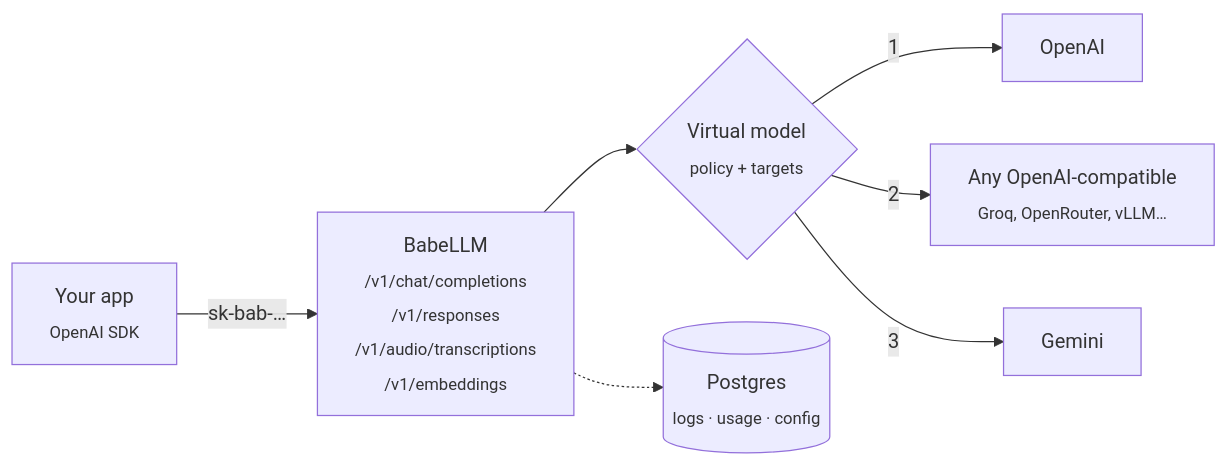
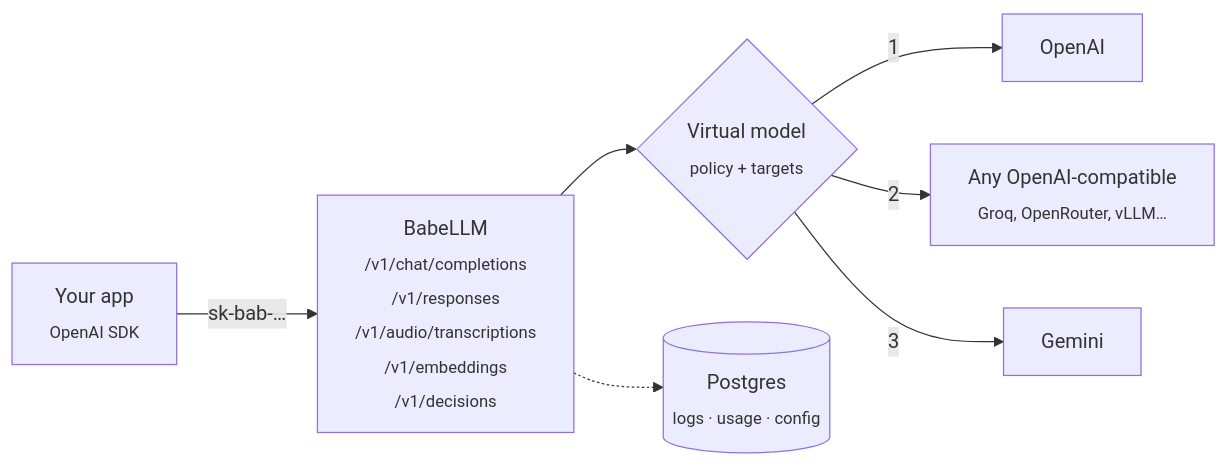
Before and after one commit to slzdev/babellm-gateway: the diagram in README.md, drawn with Mermaid. The commit also changed other lines of this file and 44 other files, not shown here.

````diff
--- a/README.md
+++ b/README.md
@@ -155,9 +202,9 @@
 ```mermaid
 flowchart LR
-    A["Your app<br/><sub>OpenAI SDK</sub>"] -->|"sk-bab-…"| B["BabeLLM<br/><sub>/v1/chat/completions<br/>/v1/responses<br/>/v1/audio/transcriptions<br/>/v1/embeddings</sub>"]
+    A["Your app<br/><sub>OpenAI SDK</sub>"] -->|"sk-bab-…"| B["BabeLLM<br/><sub>/v1/chat/completions<br/>/v1/responses<br/>/v1/audio/transcriptions<br/>/v1/embeddings<br/>/v1/decisions</sub>"]
     B --> C{"Virtual model<br/><sub>policy + targets</sub>"}
     C -->|1| D["OpenAI"]
     C -->|2| E["Any OpenAI-compatible<br/><sub>Groq, OpenRouter, vLLM…</sub>"]
     C -->|3| F["Gemini"]
     B -.-> G[("Postgres<br/><sub>logs · usage · config</sub>")]
 ```
````
